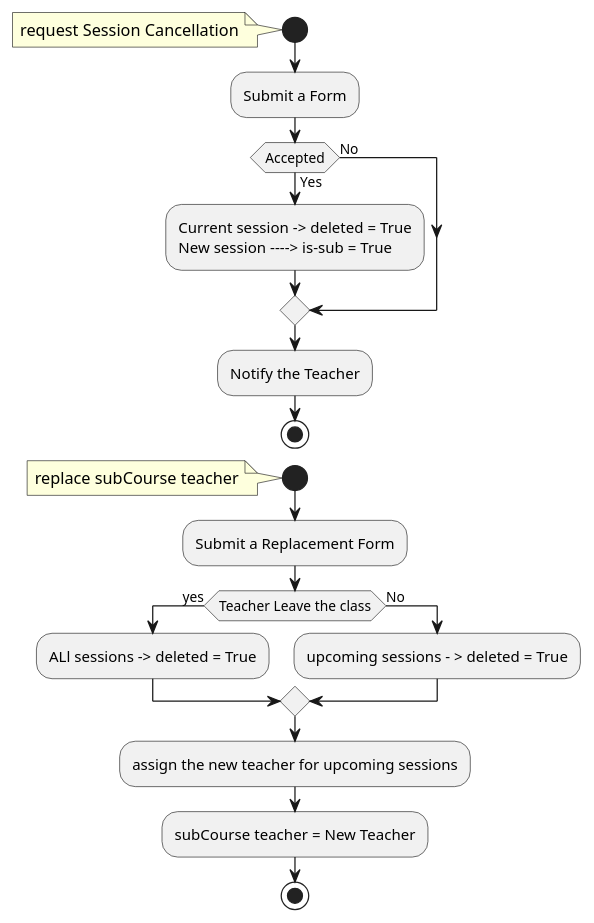
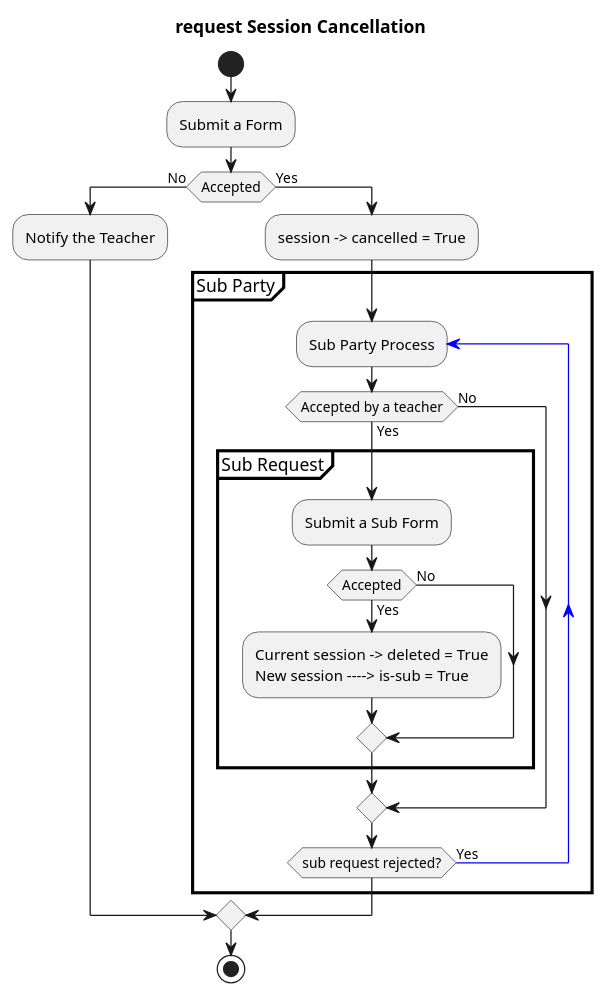
Before and after one commit to ashkanramedani/accounting: the diagram in api/Diagram/SessionCancellation.puml, drawn with PlantUML. The commit also changed 46 other files, not shown here.

```diff
--- a/api/Diagram/SessionCancellation.puml
+++ b/api/Diagram/SessionCancellation.puml
@@ -1,30 +1,37 @@
 @startuml
+<style>
+  partition {
+    LineColor Black
+    LineThickness 2.5
+  }
+</style>
+
 start
-note
-request Session Cancellation
-end note
+title request Session Cancellation
+
 :Submit a Form;
-if (Accepted) then (Yes)
-    :Current session -> deleted = True
-    New session ----> is-sub = True;
-else (No)
+if (Accepted) then (No)
+:Notify the Teacher;
+else (Yes)
+    :session -> cancelled = True;
+
+    partition Sub Party {
+            repeat :Sub Party Process;
+                if (Accepted by a teacher) then (Yes)
+
+                    partition Sub Request {
+                        :Submit a Sub Form;
+                        if (Accepted) then (Yes)
+                            :Current session -> deleted = True
+                            New session ----> is-sub = True;
+                        else (No)
+                        endif
+                    }
+                else (No)
+                endif
+            repeat while (sub request rejected?) is (Yes) -[#blue]->
+    }
 endif
-:Notify the Teacher;
 stop
 
-
-start
-note
-replace subCourse teacher
-end note
-:Submit a Replacement Form;
-if (Teacher Leave the class) then (yes)
-    :ALl sessions -> deleted = True;
-else (No)
-    :upcoming sessions - > deleted = True;
-endif
-    :assign the new teacher for upcoming sessions;
-    :subCourse teacher = New Teacher;
-
-stop
 @enduml
```
